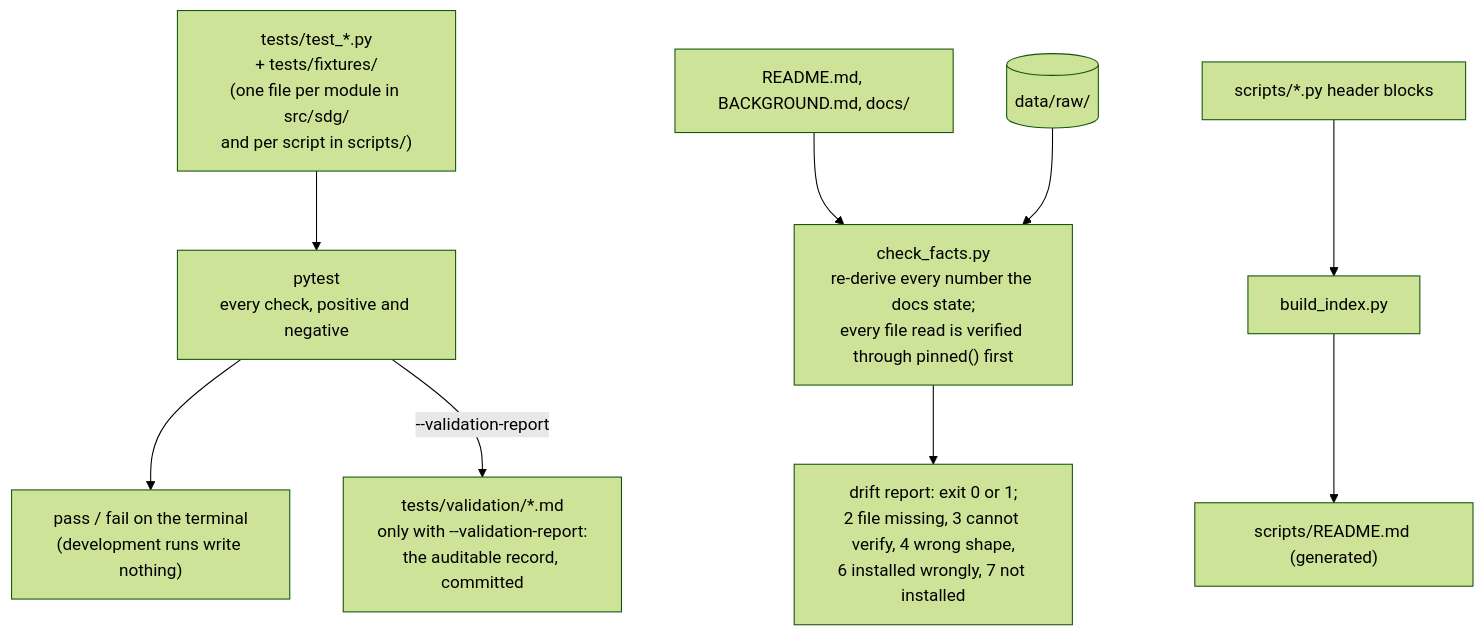
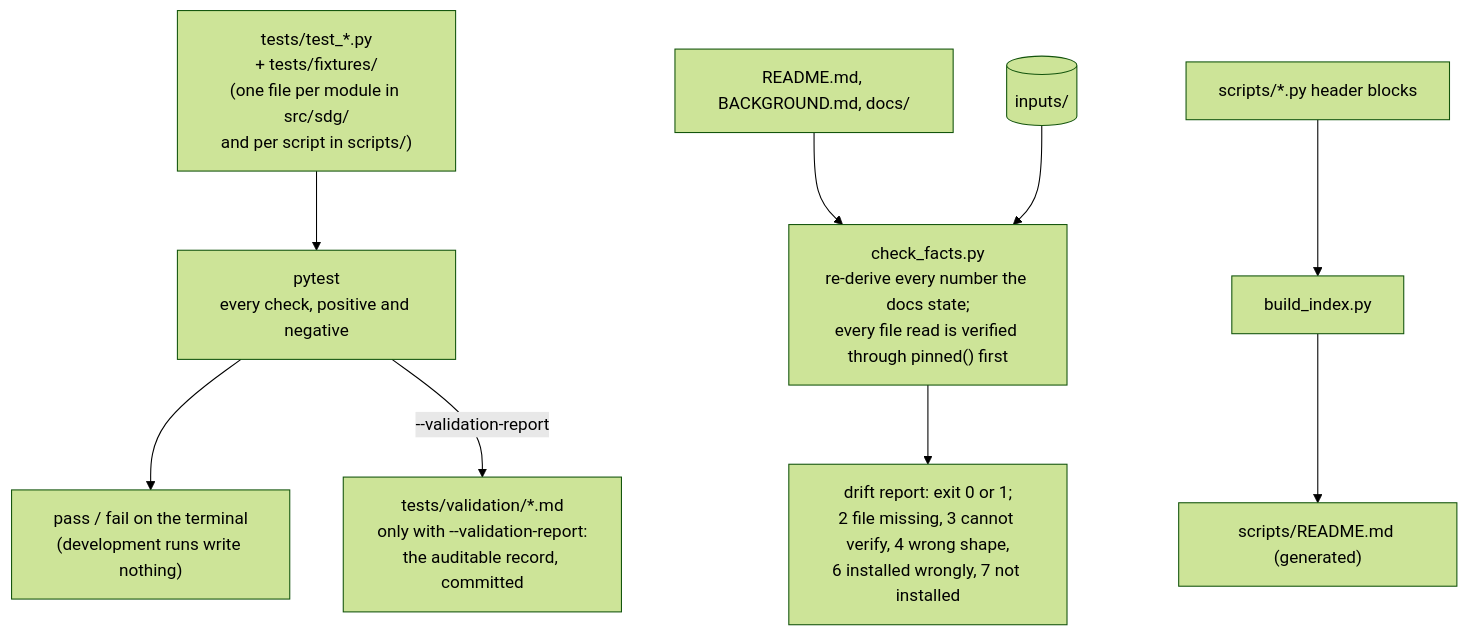
Before and after one commit to delos001/study-definition-graph: the fourth of 4 diagrams in docs/workflow_map.md, drawn with Mermaid (forest theme). The commit also changed other lines of this file and 42 other files, not shown here.

First line of the commit message:
git add -A git commit -m 'Everything pinned lives under inputs/; data/ holds only pipeline output

````diff
--- a/docs/workflow_map.md
+++ b/docs/workflow_map.md
@@ -95,23 +95,23 @@
 ```mermaid
 flowchart TD
     testfiles["tests/test_*.py<br/>+ tests/fixtures/<br/>(one file per module in src/sdg/<br/>and per script in scripts/)"]
     pytest["pytest<br/>every check, positive and negative"]
     terminal["pass / fail on the terminal<br/>(development runs write nothing)"]
     record["tests/validation/*.md<br/>only with --validation-report:<br/>the auditable record, committed"]
 
     docs["README.md, BACKGROUND.md, docs/"]
-    raw[("data/raw/")]
+    raw[("inputs/")]
     facts["check_facts.py<br/>re-derive every number the docs state;<br/>every file read is verified through pinned() first"]
     factsout["drift report: exit 0 or 1;<br/>2 file missing, 3 cannot verify, 4 wrong shape,<br/>6 installed wrongly, 7 not installed"]
 
     headers["scripts/*.py header blocks"]
     index["build_index.py"]
     scriptsreadme["scripts/README.md (generated)"]
 
     testfiles --> pytest --> terminal
     pytest -- "--validation-report" --> record
     docs --> facts
     raw --> facts
     facts --> factsout
     headers --> index --> scriptsreadme
 ```
````
